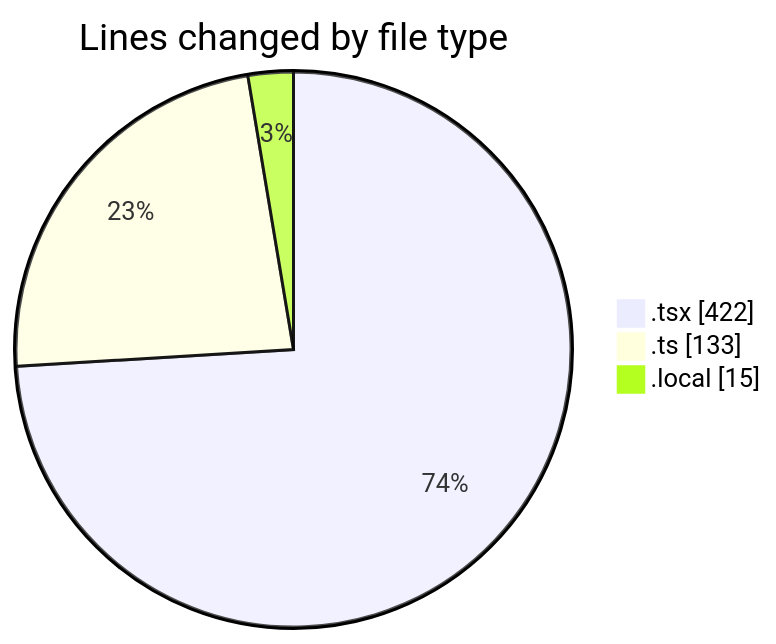
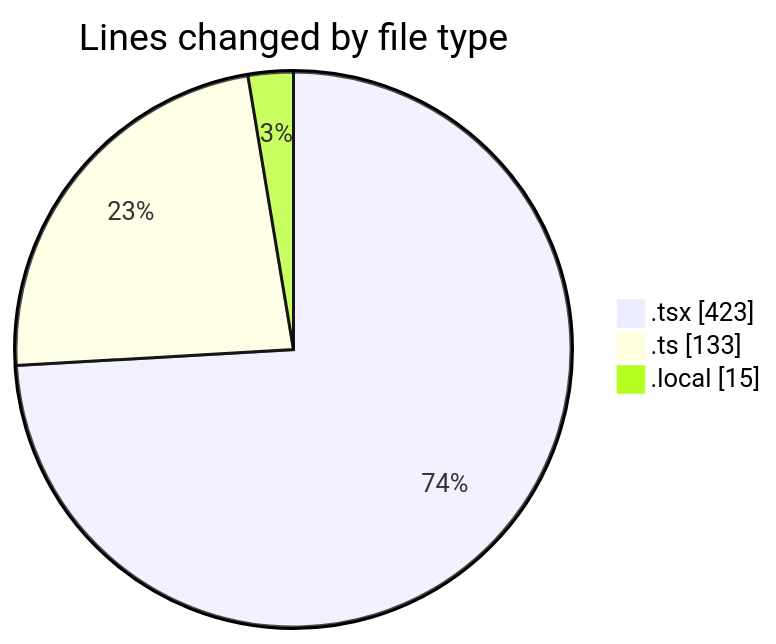
The first of 2 diagrams in 2025-11-04/eventscop-frontend-guide__workspace_/README.md (julien-gomy/code-tracking), drawn with Mermaid before and after one commit. The commit also changed other lines of this file and 1 other file, not shown here.

````diff
--- a/2025-11-04/eventscop-frontend-guide__workspace_/README.md
+++ b/2025-11-04/eventscop-frontend-guide__workspace_/README.md
@@ -26,7 +26,7 @@
 ```mermaid
 pie showData
 title Lines changed by file type
-".tsx" : 422
+".tsx" : 423
 ".ts" : 133
 ".local" : 15
 ```
````
